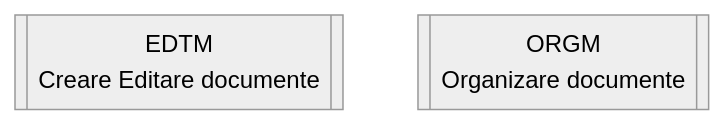
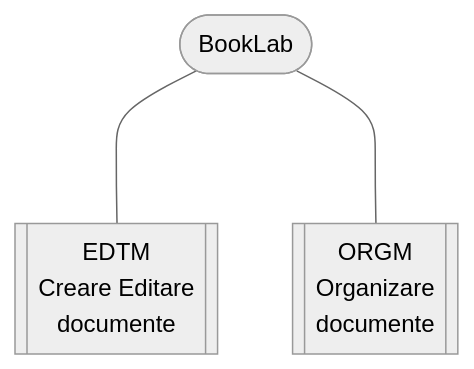
Before and after one commit to petre-renware/booklab: the diagram in doc_src/810-DSGN-130.02-Overview.md, drawn with Mermaid (neutral theme).

````diff
--- a/doc_src/810-DSGN-130.02-Overview.md
+++ b/doc_src/810-DSGN-130.02-Overview.md
@@ -68,6 +68,10 @@
 ``` mermaid
 graph TD
-    edtmtl[[EDTM \n Creare Editare documente]]
-    orgm[[ORGM \n Organizare documente]]
+    bklab([BookLab])
+    edtmtl[[EDTM \n Creare Editare \n documente]]
+    orgm[[ORGM \n Organizare \n documente]]
 
+
+    bklab ---- edtmtl
+    bklab ---- orgm
 ```
````
